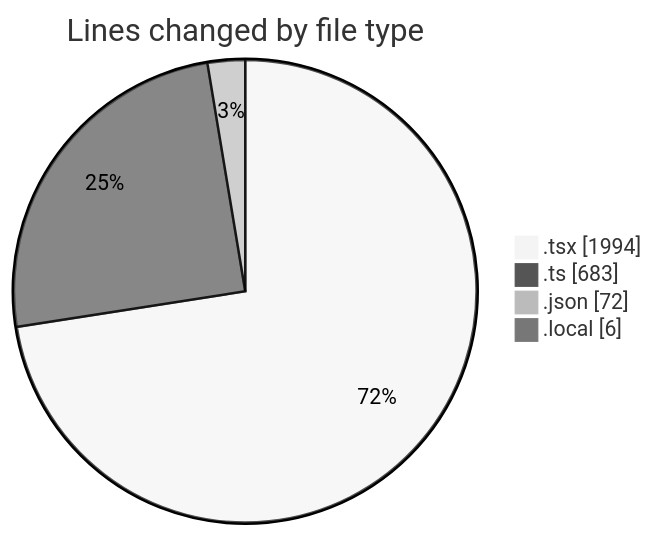
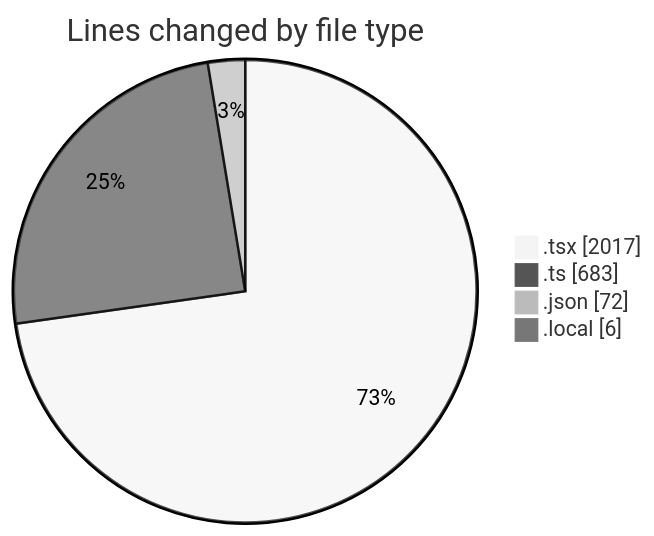
The first of 2 diagrams in 2025-10-21/eventscop-frontend-guide__workspace_/README.md (julien-gomy/code-tracking), drawn with Mermaid (neutral theme) before and after one commit. The commit also changed other lines of this file and 1 other file, not shown here.

````diff
--- a/2025-10-21/eventscop-frontend-guide__workspace_/README.md
+++ b/2025-10-21/eventscop-frontend-guide__workspace_/README.md
@@ -52,8 +52,8 @@
 ```mermaid
 pie showData
 title Lines changed by file type
-".tsx" : 1994
+".tsx" : 2017
 ".ts" : 683
 ".json" : 72
 ".local" : 6
 ```
````
